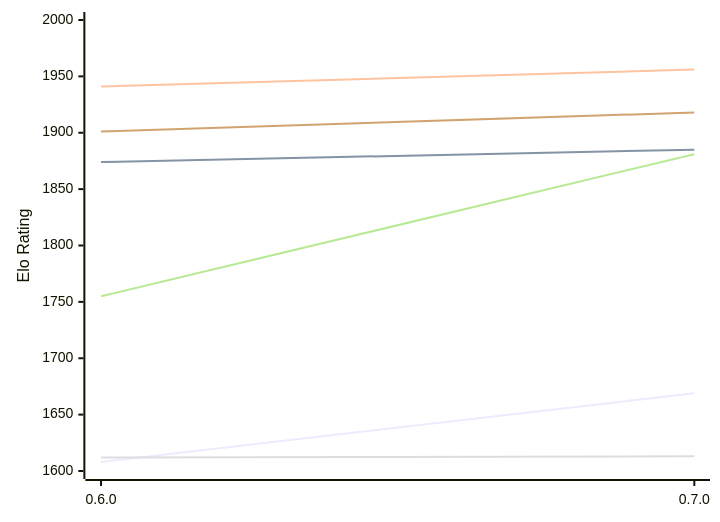
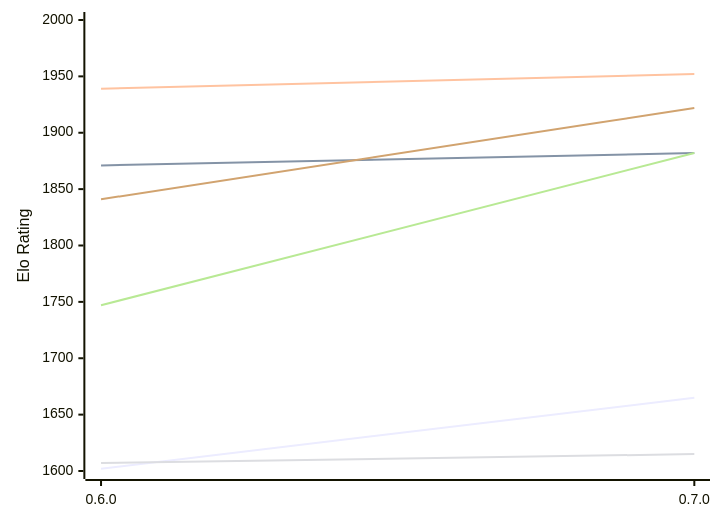
One commit to computer-chess-index/cci changed the first of 2 diagrams in engines/Chess-rs.md. Above: the diagram before and after it, drawn with Mermaid. The commit also changed other lines of this file, not shown here.

Commit message:
Update CCI Ratings (ELO VLTC) - 2026-11-21

````diff
--- a/engines/Chess-rs.md
+++ b/engines/Chess-rs.md
@@ -51,12 +51,12 @@
 ```mermaid
 %%{init: {"theme":"base","themeVariables":{"seriesColors:['#a3a3a3','#222221','#faa371']}}}%%
 xychart-beta
   x-axis ["0.6.0", "0.7.0"]
   y-axis "Elo Rating" 1600 --> 2000
-  line "E1: STC (8.0+0.08s)" [1608, 1669]
-  line "E1: LTC (60.0+0.60s)" [1874, 1885]
-  line "E1: VLTC (2m24s+1.12s)" [1941, 1956]
-  line "P1: STC (8.0+0.08s)" [1612, 1613]
-  line "P1: LTC (60.0+0.60s)" [1755, 1881]
-  line "P1: VLTC (2m24s+1.12s)" [1901, 1918]
+  line "E1: STC (8.0+0.08s)" [1602, 1665]
+  line "E1: LTC (60.0+0.60s)" [1871, 1882]
+  line "E1: VLTC (2m24s+1.12s)" [1939, 1952]
+  line "P1: STC (8.0+0.08s)" [1607, 1615]
+  line "P1: LTC (60.0+0.60s)" [1747, 1882]
+  line "P1: VLTC (2m24s+1.12s)" [1841, 1922]
 ```
````
